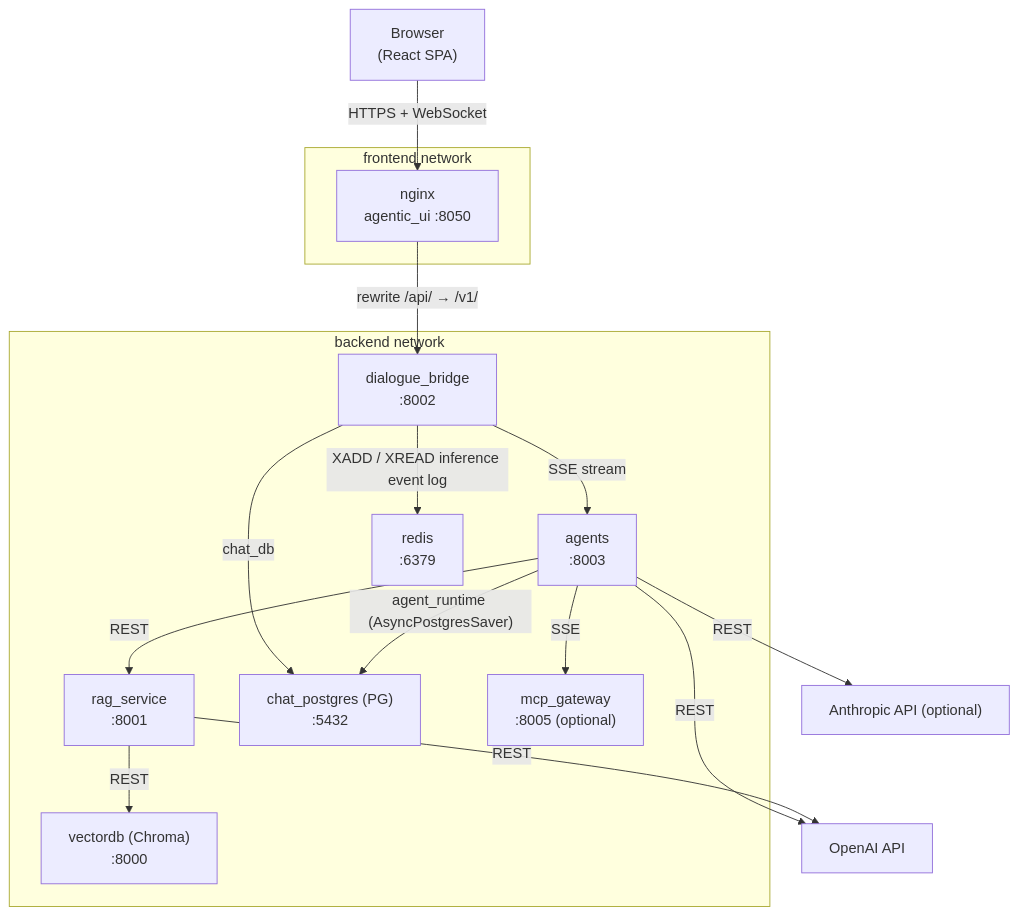
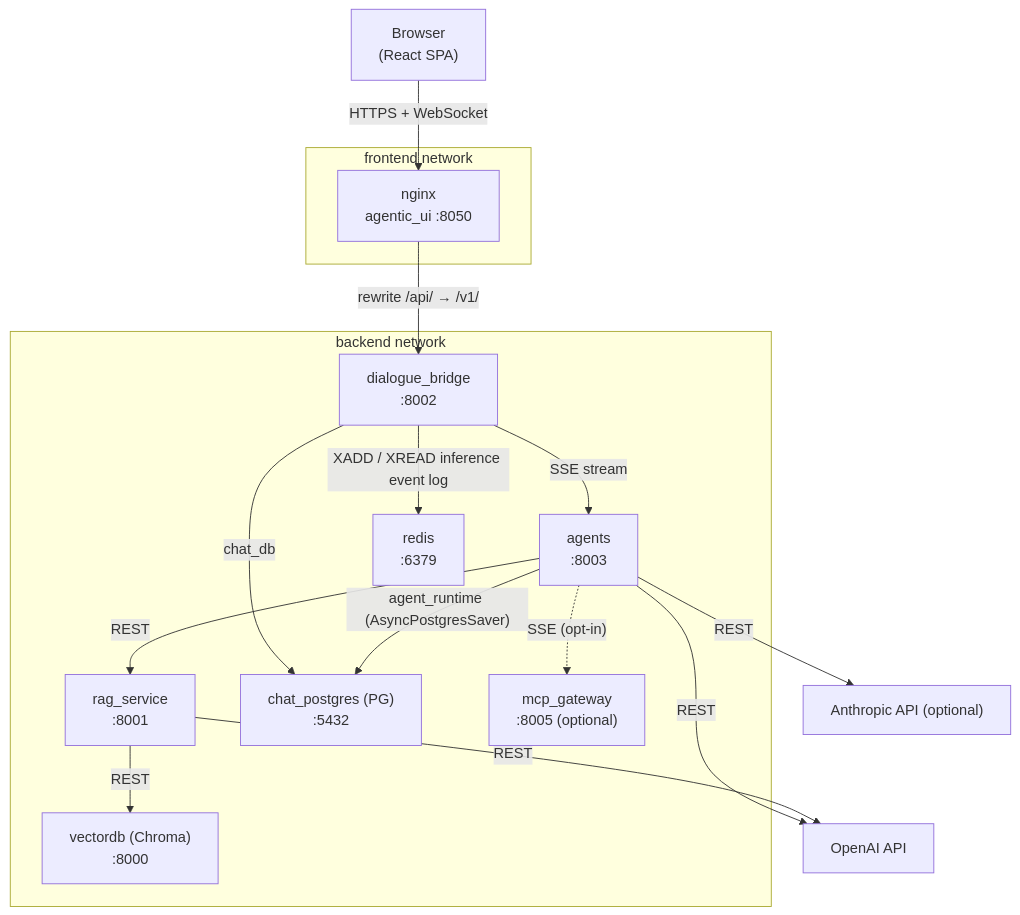
Before and after one commit to konstantinosmpouros/mAgenticX: the first of 3 diagrams in docs/architecture/overview.md, drawn with Mermaid. The commit also changed other lines of this file and 31 other files, not shown here.

````diff
--- a/docs/architecture/overview.md
+++ b/docs/architecture/overview.md
@@ -26,33 +26,33 @@
 ```mermaid
 flowchart TB
     Browser["Browser\n(React SPA)"]
 
     subgraph frontend_net["frontend network"]
         nginx["nginx\nagentic_ui :8050"]
     end
 
     subgraph backend_net["backend network"]
         bridge["dialogue_bridge\n:8002"]
         agents["agents\n:8003"]
         rag["rag_service\n:8001"]
         chroma["vectordb (Chroma)\n:8000"]
         pg["chat_postgres (PG)\n:5432"]
         redis["redis\n:6379"]
         mcp["mcp_gateway\n:8005 (optional)"]
     end
 
     Browser -->|"HTTPS + WebSocket"| nginx
     nginx -->|"rewrite /api/ → /v1/"| bridge
     bridge -->|"SSE stream"| agents
     bridge -->|"chat_db"| pg
     bridge -->|"XADD / XREAD inference event log"| redis
 
     agents -->|"agent_runtime (AsyncPostgresSaver)"| pg
     agents -->|"REST"| rag
-    agents -->|"SSE"| mcp
+    agents -.->|"SSE (opt-in)"| mcp
     agents -->|"REST"| OpenAI["OpenAI API"]
     agents -->|"REST"| Anthropic["Anthropic API (optional)"]
 
     rag -->|"REST"| chroma
     rag -->|"REST"| OpenAI
 ```
````
